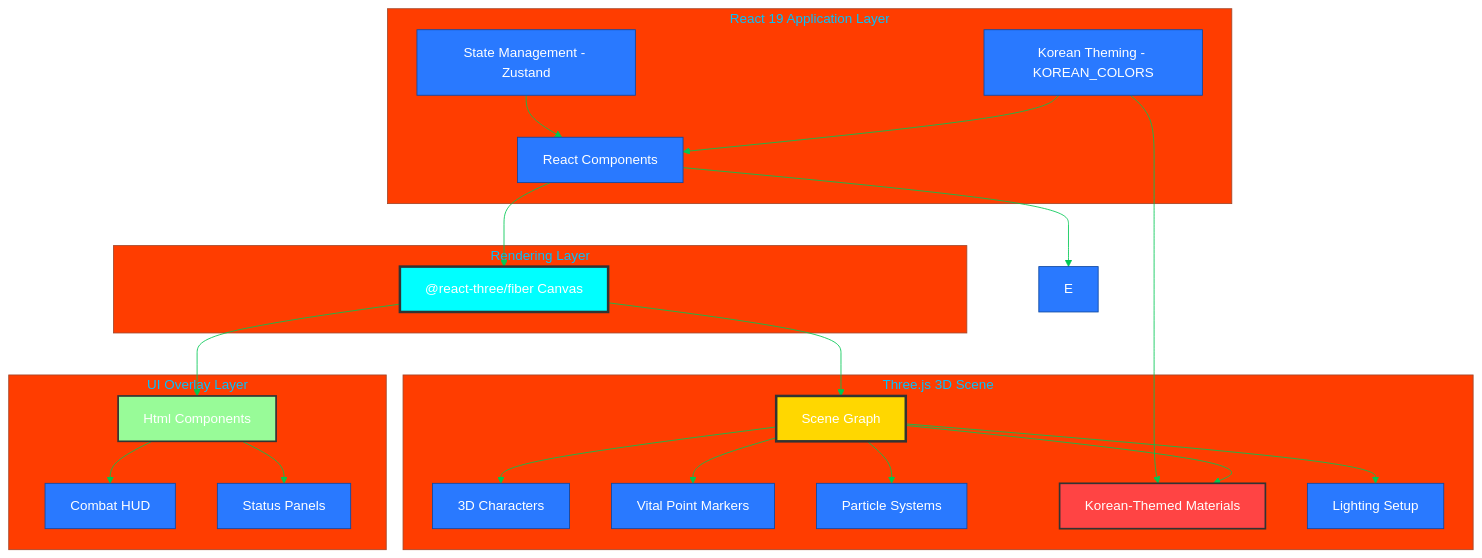
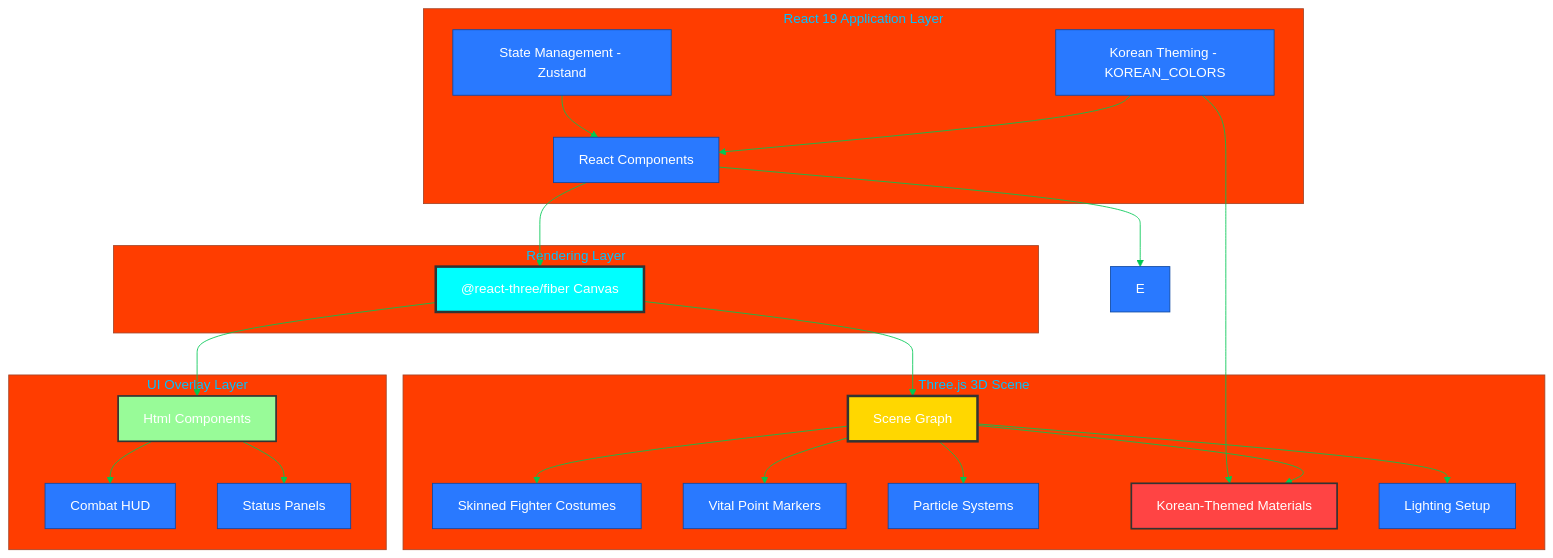
The fourth of 22 diagrams in ARCHITECTURE.md (Hack23/blacktrigram), drawn with Mermaid before and after one commit. The commit also changed other lines of this file and 95 other files, not shown here.

````diff
--- a/ARCHITECTURE.md
+++ b/ARCHITECTURE.md
@@ -360,50 +360,50 @@
 ```mermaid
 %%{init: {'theme':'base', 'themeVariables': {'primaryColor':'#2979FF','primaryTextColor':'#fff','primaryBorderColor':'#0D47A1','lineColor':'#00C853','secondaryColor':'#FFD600','tertiaryColor':'#FF3D00'}}}%%
 graph TD
     subgraph "React 19 Application Layer"
         A[React Components]
         B[State Management - Zustand]
         C[Korean Theming - KOREAN_COLORS]
     end
     
     subgraph "Rendering Layer"
         D["@react-three/fiber Canvas"]
     end
     
     subgraph "Three.js 3D Scene"
         F[Scene Graph]
-        G[3D Characters]
+        G[Skinned Fighter Costumes]
         H[Vital Point Markers]
         I[Particle Systems]
         J[Korean-Themed Materials]
         K[Lighting Setup]
     end
     
     subgraph "UI Overlay Layer"
         L[Html Components]
         M[Combat HUD]
         N[Status Panels]
     end
     
     A --> D
     A --> E
     B --> A
     C --> A
     C --> J
     
     D --> F
     F --> G
     F --> H
     F --> I
     F --> J
     F --> K
     
     D --> L
     L --> M
     L --> N
     
     style D fill:#00ffff,stroke:#333,stroke-width:3px
     style F fill:#ffd700,stroke:#333,stroke-width:3px
     style J fill:#ff4444,stroke:#333,stroke-width:2px
     style L fill:#98fb98,stroke:#333,stroke-width:2px
 ```
````
